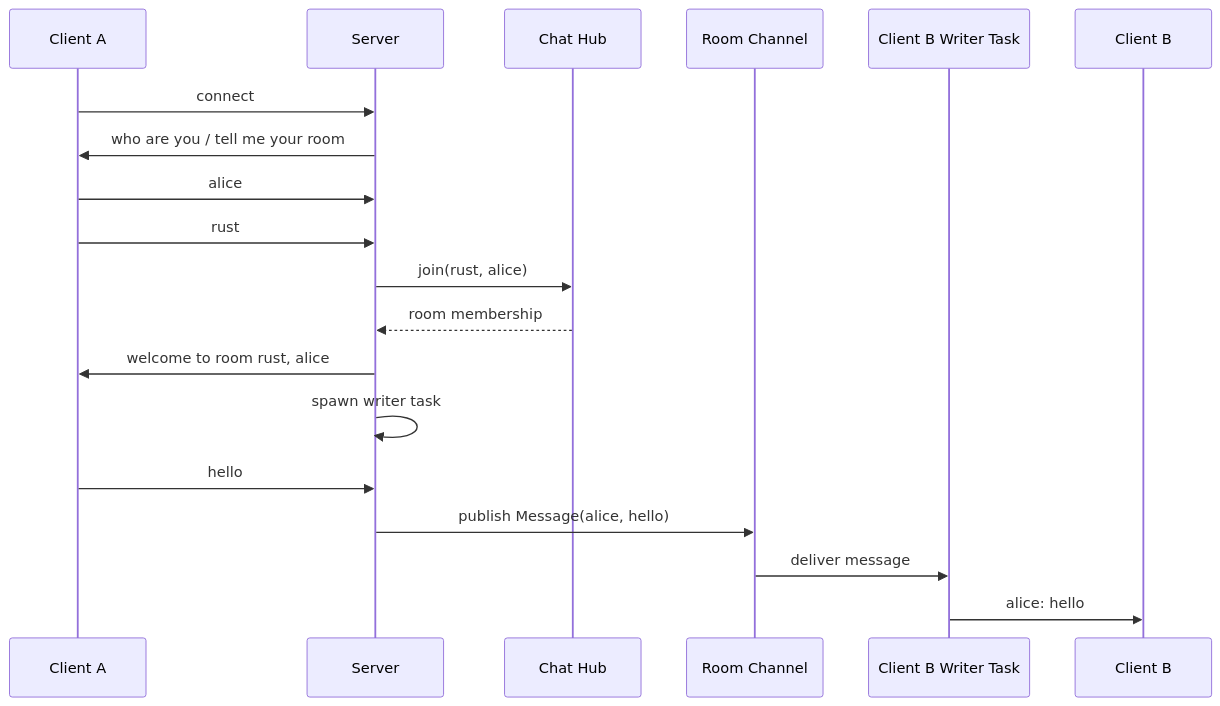
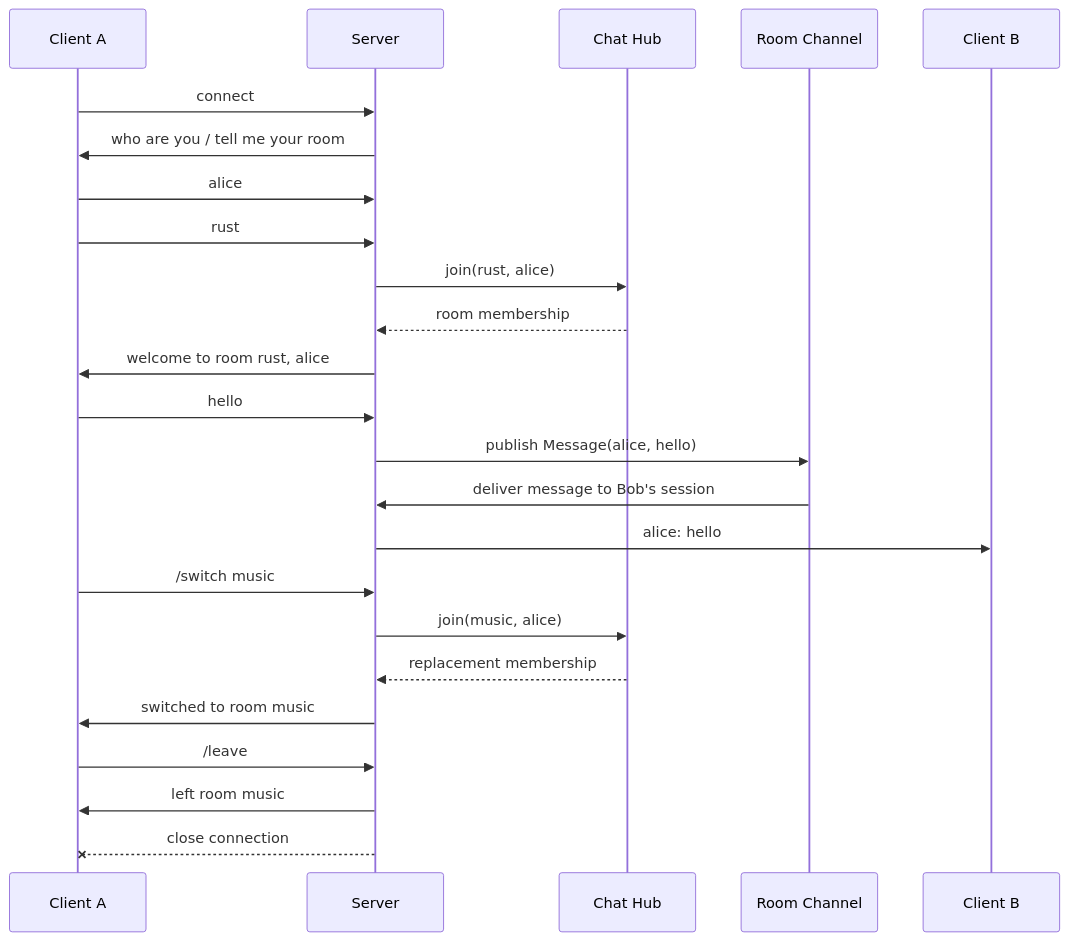
One commit to leonardorudolfocardoso/async-chat-server changed the diagram in README.md. Above: the diagram before and after it, drawn with Mermaid. The commit also changed other lines of this file, not shown here.

````diff
--- a/README.md
+++ b/README.md
@@ -133,23 +159,30 @@
 ```mermaid
 sequenceDiagram
     participant A as Client A
     participant Server
     participant Hub as Chat Hub
     participant Bus as Room Channel
-    participant BWriter as Client B Writer Task
     participant B as Client B
 
     A->>Server: connect
     Server->>A: who are you / tell me your room
     A->>Server: alice
     A->>Server: rust
     Server->>Hub: join(rust, alice)
     Hub-->>Server: room membership
     Server->>A: welcome to room rust, alice
-    Server->>Server: spawn writer task
 
     A->>Server: hello
     Server->>Bus: publish Message(alice, hello)
-    Bus->>BWriter: deliver message
-    BWriter->>B: alice: hello
+    Bus->>Server: deliver message to Bob's session
+    Server->>B: alice: hello
+
+    A->>Server: /switch music
+    Server->>Hub: join(music, alice)
+    Hub-->>Server: replacement membership
+    Server->>A: switched to room music
+
+    A->>Server: /leave
+    Server->>A: left room music
+    Server--xA: close connection
 ```
````
